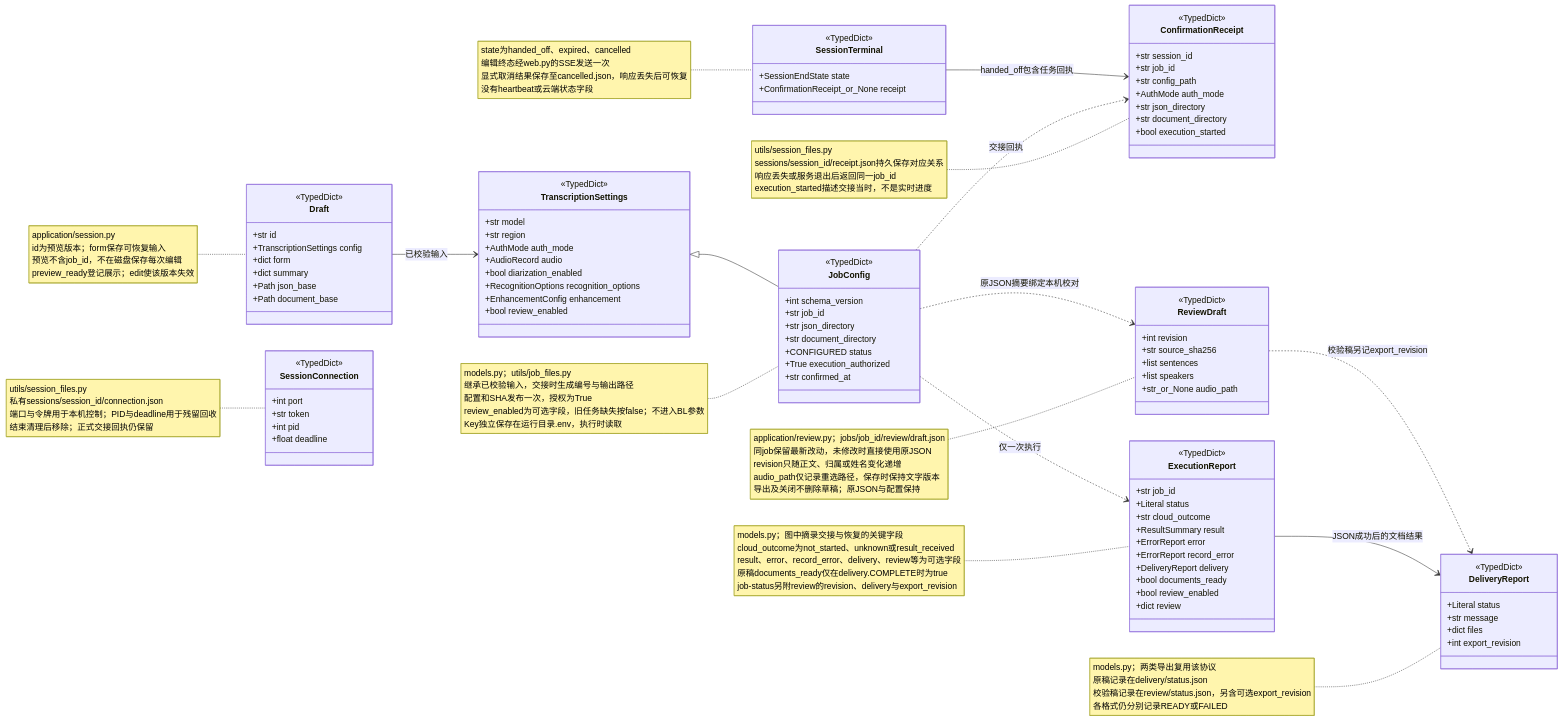
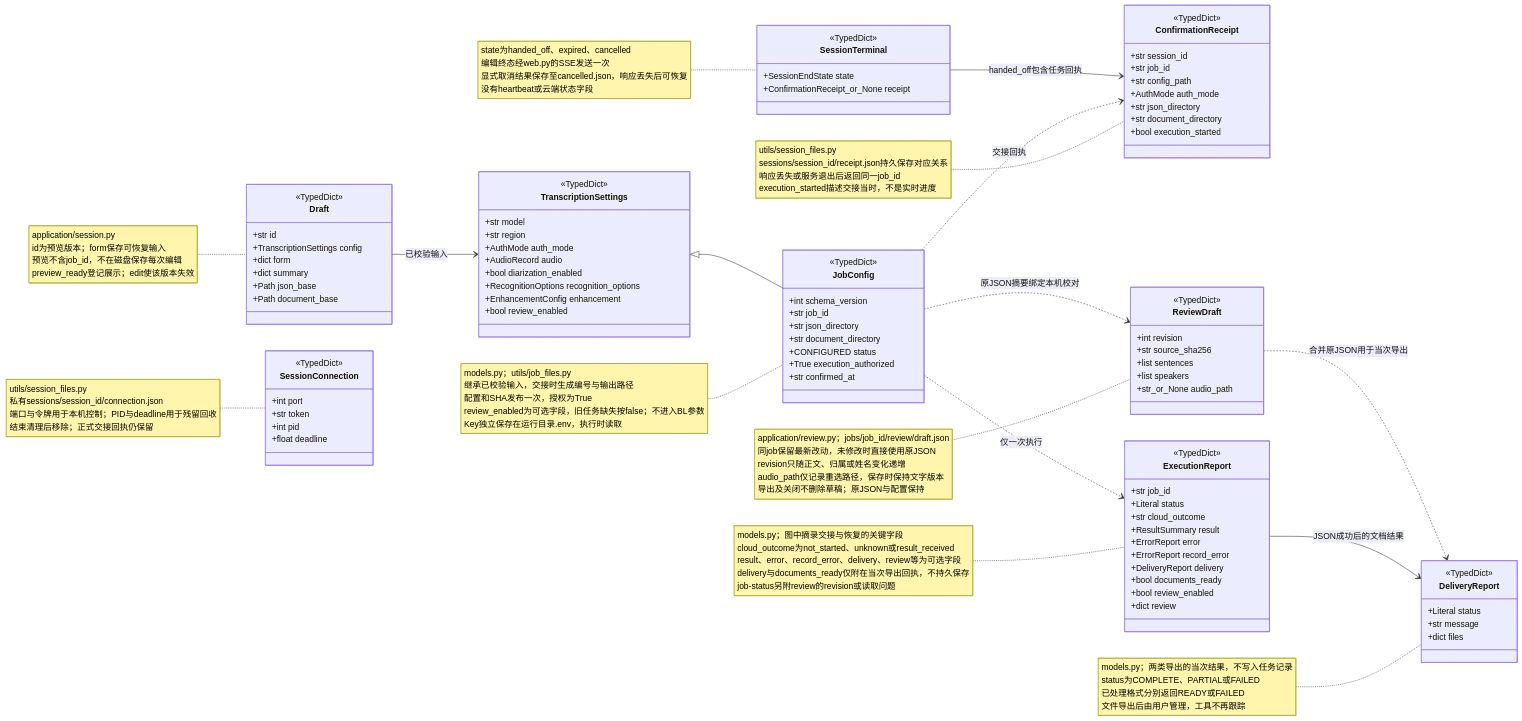
One commit to hx101700/memoflow changed the diagram in doc/uml/01c-protocol.mmd. Above: the diagram before and after it, drawn with Mermaid. The commit also changed 45 other files, not shown here.

```diff
--- a/doc/uml/01c-protocol.mmd
+++ b/doc/uml/01c-protocol.mmd
@@ -1,99 +1,98 @@
 classDiagram
 direction LR
 class TranscriptionSettings {
   <<TypedDict>>
   +str model
   +str region
   +AuthMode auth_mode
   +AudioRecord audio
   +bool diarization_enabled
   +RecognitionOptions recognition_options
   +EnhancementConfig enhancement
   +bool review_enabled
 }
 class Draft {
   <<TypedDict>>
   +str id
   +TranscriptionSettings config
   +dict form
   +dict summary
   +Path json_base
   +Path document_base
 }
 class JobConfig {
   <<TypedDict>>
   +int schema_version
   +str job_id
   +str json_directory
   +str document_directory
   +CONFIGURED status
   +True execution_authorized
   +str confirmed_at
 }
 class ConfirmationReceipt {
   <<TypedDict>>
   +str session_id
   +str job_id
   +str config_path
   +AuthMode auth_mode
   +str json_directory
   +str document_directory
   +bool execution_started
 }
 class SessionConnection {
   <<TypedDict>>
   +int port
   +str token
   +int pid
   +float deadline
 }
 class SessionTerminal {
   <<TypedDict>>
   +SessionEndState state
   +ConfirmationReceipt_or_None receipt
 }
 class ExecutionReport {
   <<TypedDict>>
   +str job_id
   +Literal status
   +str cloud_outcome
   +ResultSummary result
   +ErrorReport error
   +ErrorReport record_error
   +DeliveryReport delivery
   +bool documents_ready
   +bool review_enabled
   +dict review
 }
 class DeliveryReport {
   <<TypedDict>>
   +Literal status
   +str message
   +dict files
-  +int export_revision
 }
 class ReviewDraft {
   <<TypedDict>>
   +int revision
   +str source_sha256
   +list sentences
   +list speakers
   +str_or_None audio_path
 }
 TranscriptionSettings <|-- JobConfig
 Draft --> TranscriptionSettings : 已校验输入
 JobConfig ..> ConfirmationReceipt : 交接回执
 SessionTerminal --> ConfirmationReceipt : handed_off包含任务回执
 JobConfig ..> ExecutionReport : 仅一次执行
 ExecutionReport --> DeliveryReport : JSON成功后的文档结果
 JobConfig ..> ReviewDraft : 原JSON摘要绑定本机校对
-ReviewDraft ..> DeliveryReport : 校验稿另记export_revision
+ReviewDraft ..> DeliveryReport : 合并原JSON用于当次导出
 note for Draft "application/session.py<br/>id为预览版本；form保存可恢复输入<br/>预览不含job_id，不在磁盘保存每次编辑<br/>preview_ready登记展示；edit使该版本失效"
 note for JobConfig "models.py；utils/job_files.py<br/>继承已校验输入，交接时生成编号与输出路径<br/>配置和SHA发布一次，授权为True<br/>review_enabled为可选字段，旧任务缺失按false；不进入BL参数<br/>Key独立保存在运行目录.env，执行时读取"
 note for ConfirmationReceipt "utils/session_files.py<br/>sessions/session_id/receipt.json持久保存对应关系<br/>响应丢失或服务退出后返回同一job_id<br/>execution_started描述交接当时，不是实时进度"
 note for SessionTerminal "state为handed_off、expired、cancelled<br/>编辑终态经web.py的SSE发送一次<br/>显式取消结果保存至cancelled.json，响应丢失后可恢复<br/>没有heartbeat或云端状态字段"
-note for ExecutionReport "models.py；图中摘录交接与恢复的关键字段<br/>cloud_outcome为not_started、unknown或result_received<br/>result、error、record_error、delivery、review等为可选字段<br/>原稿documents_ready仅在delivery.COMPLETE时为true<br/>job-status另附review的revision、delivery与export_revision"
+note for ExecutionReport "models.py；图中摘录交接与恢复的关键字段<br/>cloud_outcome为not_started、unknown或result_received<br/>result、error、record_error、delivery、review等为可选字段<br/>delivery与documents_ready仅附在当次导出回执，不持久保存<br/>job-status另附review的revision或读取问题"
 note for ReviewDraft "application/review.py；jobs/job_id/review/draft.json<br/>同job保留最新改动，未修改时直接使用原JSON<br/>revision只随正文、归属或姓名变化递增<br/>audio_path仅记录重选路径，保存时保持文字版本<br/>导出及关闭不删除草稿；原JSON与配置保持"
-note for DeliveryReport "models.py；两类导出复用该协议<br/>原稿记录在delivery/status.json<br/>校验稿记录在review/status.json，另含可选export_revision<br/>各格式仍分别记录READY或FAILED"
+note for DeliveryReport "models.py；两类导出的当次结果，不写入任务记录<br/>status为COMPLETE、PARTIAL或FAILED<br/>已处理格式分别返回READY或FAILED<br/>文件导出后由用户管理，工具不再跟踪"
 
 note for SessionConnection "utils/session_files.py<br/>私有sessions/session_id/connection.json<br/>端口与令牌用于本机控制；PID与deadline用于残留回收<br/>结束清理后移除；正式交接回执仍保留"
```
